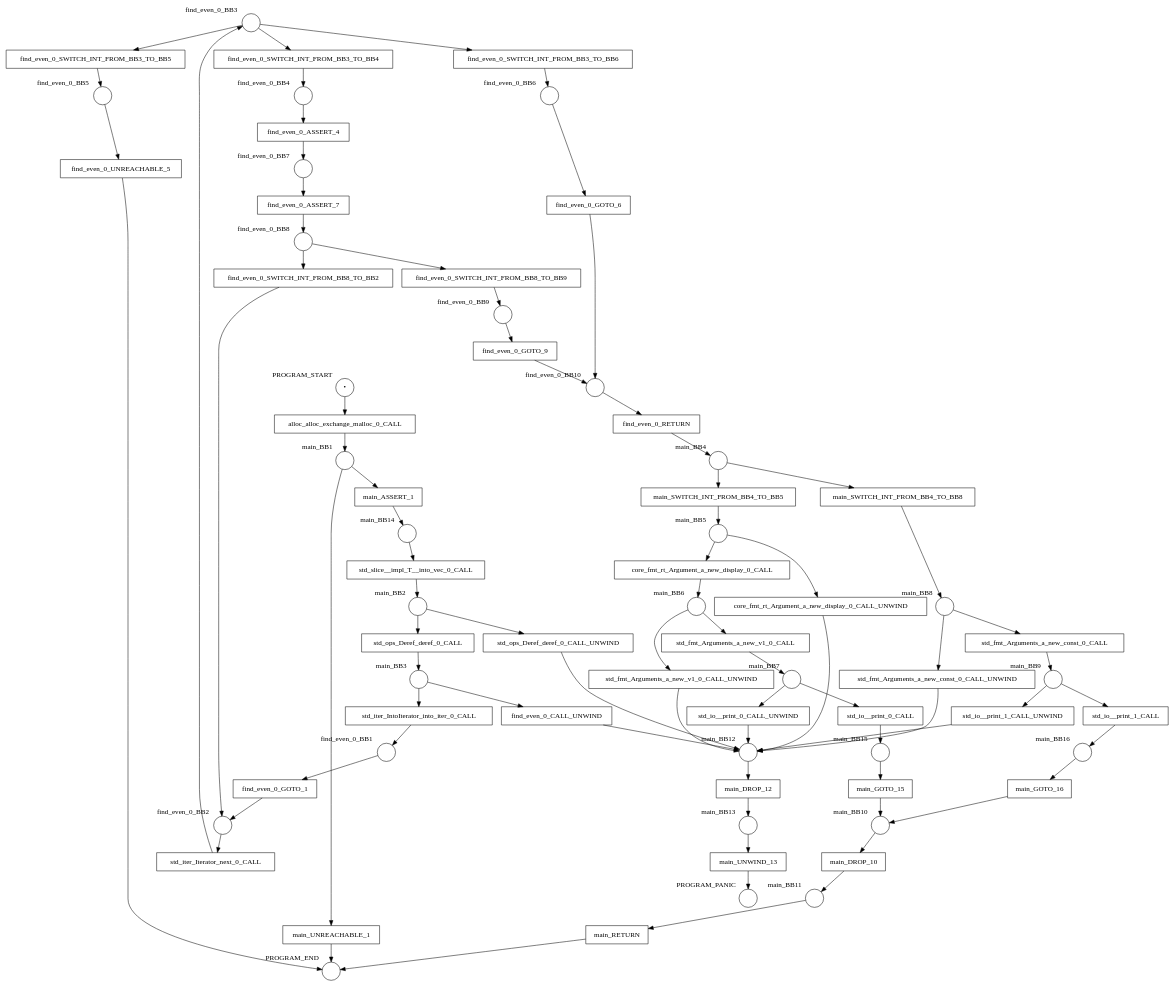
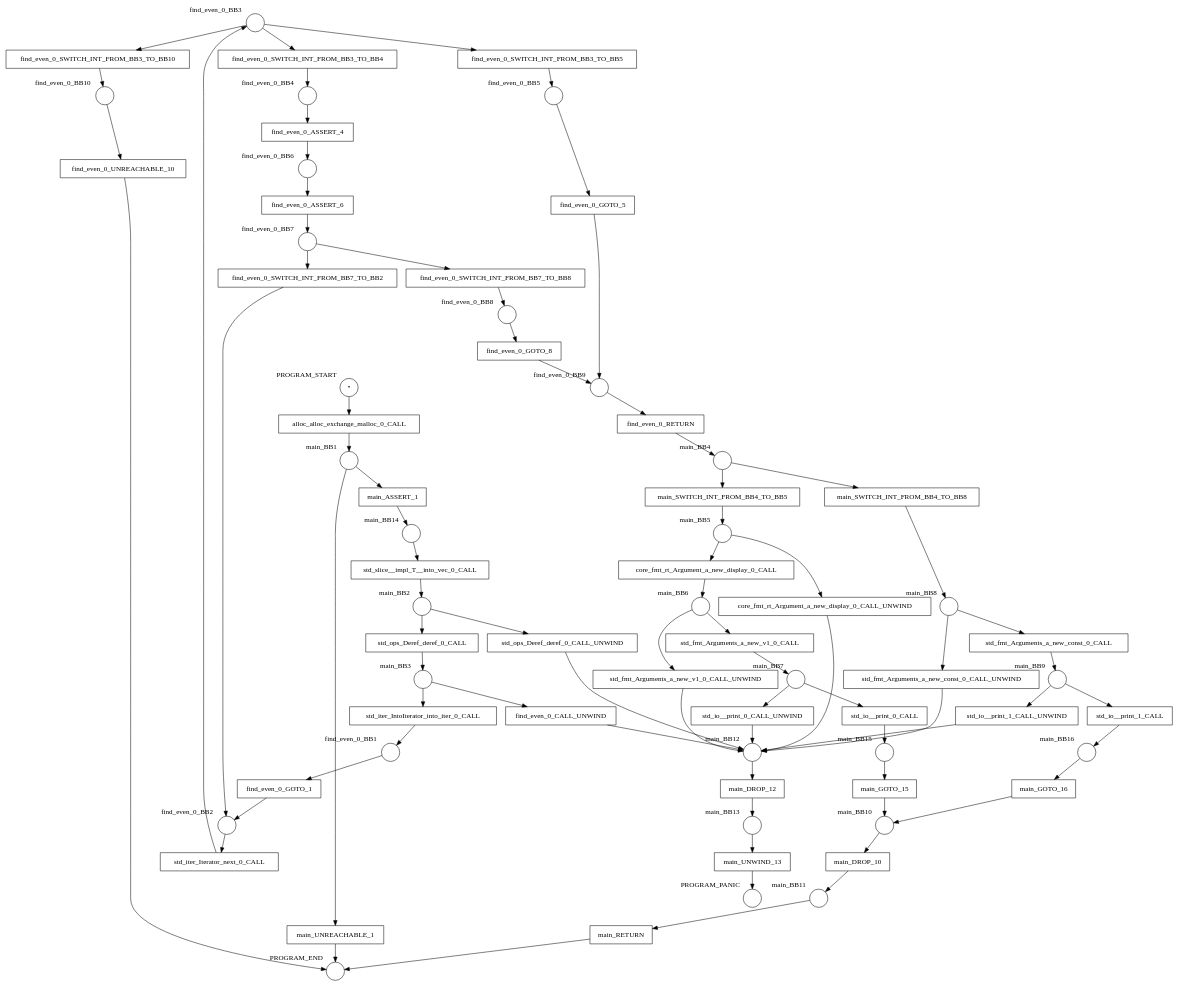
Before and after one commit to hlisdero/cargo-check-deadlock: the diagram in examples/results/function_call/find_even/net.dot, drawn with Graphviz. The commit also changed 15 other files, not shown here.

```diff
--- a/examples/results/function_call/find_even/net.dot
+++ b/examples/results/function_call/find_even/net.dot
@@ -1,148 +1,148 @@
 digraph petrinet {
     PROGRAM_END [shape="circle" xlabel="PROGRAM_END" label=""];
     PROGRAM_PANIC [shape="circle" xlabel="PROGRAM_PANIC" label=""];
     PROGRAM_START [shape="circle" xlabel="PROGRAM_START" label="•"];
     find_even_0_BB1 [shape="circle" xlabel="find_even_0_BB1" label=""];
     find_even_0_BB10 [shape="circle" xlabel="find_even_0_BB10" label=""];
     find_even_0_BB2 [shape="circle" xlabel="find_even_0_BB2" label=""];
     find_even_0_BB3 [shape="circle" xlabel="find_even_0_BB3" label=""];
     find_even_0_BB4 [shape="circle" xlabel="find_even_0_BB4" label=""];
     find_even_0_BB5 [shape="circle" xlabel="find_even_0_BB5" label=""];
     find_even_0_BB6 [shape="circle" xlabel="find_even_0_BB6" label=""];
     find_even_0_BB7 [shape="circle" xlabel="find_even_0_BB7" label=""];
     find_even_0_BB8 [shape="circle" xlabel="find_even_0_BB8" label=""];
     find_even_0_BB9 [shape="circle" xlabel="find_even_0_BB9" label=""];
     main_BB1 [shape="circle" xlabel="main_BB1" label=""];
     main_BB10 [shape="circle" xlabel="main_BB10" label=""];
     main_BB11 [shape="circle" xlabel="main_BB11" label=""];
     main_BB12 [shape="circle" xlabel="main_BB12" label=""];
     main_BB13 [shape="circle" xlabel="main_BB13" label=""];
     main_BB14 [shape="circle" xlabel="main_BB14" label=""];
     main_BB15 [shape="circle" xlabel="main_BB15" label=""];
     main_BB16 [shape="circle" xlabel="main_BB16" label=""];
     main_BB2 [shape="circle" xlabel="main_BB2" label=""];
     main_BB3 [shape="circle" xlabel="main_BB3" label=""];
     main_BB4 [shape="circle" xlabel="main_BB4" label=""];
     main_BB5 [shape="circle" xlabel="main_BB5" label=""];
     main_BB6 [shape="circle" xlabel="main_BB6" label=""];
     main_BB7 [shape="circle" xlabel="main_BB7" label=""];
     main_BB8 [shape="circle" xlabel="main_BB8" label=""];
     main_BB9 [shape="circle" xlabel="main_BB9" label=""];
     alloc_alloc_exchange_malloc_0_CALL [shape="box" xlabel="" label="alloc_alloc_exchange_malloc_0_CALL"];
     core_fmt_rt_Argument_a_new_display_0_CALL [shape="box" xlabel="" label="core_fmt_rt_Argument_a_new_display_0_CALL"];
     core_fmt_rt_Argument_a_new_display_0_CALL_UNWIND [shape="box" xlabel="" label="core_fmt_rt_Argument_a_new_display_0_CALL_UNWIND"];
     find_even_0_ASSERT_4 [shape="box" xlabel="" label="find_even_0_ASSERT_4"];
-    find_even_0_ASSERT_7 [shape="box" xlabel="" label="find_even_0_ASSERT_7"];
+    find_even_0_ASSERT_6 [shape="box" xlabel="" label="find_even_0_ASSERT_6"];
     find_even_0_CALL_UNWIND [shape="box" xlabel="" label="find_even_0_CALL_UNWIND"];
     find_even_0_GOTO_1 [shape="box" xlabel="" label="find_even_0_GOTO_1"];
-    find_even_0_GOTO_6 [shape="box" xlabel="" label="find_even_0_GOTO_6"];
-    find_even_0_GOTO_9 [shape="box" xlabel="" label="find_even_0_GOTO_9"];
+    find_even_0_GOTO_5 [shape="box" xlabel="" label="find_even_0_GOTO_5"];
+    find_even_0_GOTO_8 [shape="box" xlabel="" label="find_even_0_GOTO_8"];
     find_even_0_RETURN [shape="box" xlabel="" label="find_even_0_RETURN"];
+    find_even_0_SWITCH_INT_FROM_BB3_TO_BB10 [shape="box" xlabel="" label="find_even_0_SWITCH_INT_FROM_BB3_TO_BB10"];
     find_even_0_SWITCH_INT_FROM_BB3_TO_BB4 [shape="box" xlabel="" label="find_even_0_SWITCH_INT_FROM_BB3_TO_BB4"];
     find_even_0_SWITCH_INT_FROM_BB3_TO_BB5 [shape="box" xlabel="" label="find_even_0_SWITCH_INT_FROM_BB3_TO_BB5"];
-    find_even_0_SWITCH_INT_FROM_BB3_TO_BB6 [shape="box" xlabel="" label="find_even_0_SWITCH_INT_FROM_BB3_TO_BB6"];
-    find_even_0_SWITCH_INT_FROM_BB8_TO_BB2 [shape="box" xlabel="" label="find_even_0_SWITCH_INT_FROM_BB8_TO_BB2"];
-    find_even_0_SWITCH_INT_FROM_BB8_TO_BB9 [shape="box" xlabel="" label="find_even_0_SWITCH_INT_FROM_BB8_TO_BB9"];
-    find_even_0_UNREACHABLE_5 [shape="box" xlabel="" label="find_even_0_UNREACHABLE_5"];
+    find_even_0_SWITCH_INT_FROM_BB7_TO_BB2 [shape="box" xlabel="" label="find_even_0_SWITCH_INT_FROM_BB7_TO_BB2"];
+    find_even_0_SWITCH_INT_FROM_BB7_TO_BB8 [shape="box" xlabel="" label="find_even_0_SWITCH_INT_FROM_BB7_TO_BB8"];
+    find_even_0_UNREACHABLE_10 [shape="box" xlabel="" label="find_even_0_UNREACHABLE_10"];
     main_ASSERT_1 [shape="box" xlabel="" label="main_ASSERT_1"];
     main_DROP_10 [shape="box" xlabel="" label="main_DROP_10"];
     main_DROP_12 [shape="box" xlabel="" label="main_DROP_12"];
     main_GOTO_15 [shape="box" xlabel="" label="main_GOTO_15"];
     main_GOTO_16 [shape="box" xlabel="" label="main_GOTO_16"];
     main_RETURN [shape="box" xlabel="" label="main_RETURN"];
     main_SWITCH_INT_FROM_BB4_TO_BB5 [shape="box" xlabel="" label="main_SWITCH_INT_FROM_BB4_TO_BB5"];
     main_SWITCH_INT_FROM_BB4_TO_BB8 [shape="box" xlabel="" label="main_SWITCH_INT_FROM_BB4_TO_BB8"];
     main_UNREACHABLE_1 [shape="box" xlabel="" label="main_UNREACHABLE_1"];
     main_UNWIND_13 [shape="box" xlabel="" label="main_UNWIND_13"];
     std_fmt_Arguments_a_new_const_0_CALL [shape="box" xlabel="" label="std_fmt_Arguments_a_new_const_0_CALL"];
     std_fmt_Arguments_a_new_const_0_CALL_UNWIND [shape="box" xlabel="" label="std_fmt_Arguments_a_new_const_0_CALL_UNWIND"];
     std_fmt_Arguments_a_new_v1_0_CALL [shape="box" xlabel="" label="std_fmt_Arguments_a_new_v1_0_CALL"];
     std_fmt_Arguments_a_new_v1_0_CALL_UNWIND [shape="box" xlabel="" label="std_fmt_Arguments_a_new_v1_0_CALL_UNWIND"];
     std_io__print_0_CALL [shape="box" xlabel="" label="std_io__print_0_CALL"];
     std_io__print_0_CALL_UNWIND [shape="box" xlabel="" label="std_io__print_0_CALL_UNWIND"];
     std_io__print_1_CALL [shape="box" xlabel="" label="std_io__print_1_CALL"];
     std_io__print_1_CALL_UNWIND [shape="box" xlabel="" label="std_io__print_1_CALL_UNWIND"];
     std_iter_IntoIterator_into_iter_0_CALL [shape="box" xlabel="" label="std_iter_IntoIterator_into_iter_0_CALL"];
     std_iter_Iterator_next_0_CALL [shape="box" xlabel="" label="std_iter_Iterator_next_0_CALL"];
     std_ops_Deref_deref_0_CALL [shape="box" xlabel="" label="std_ops_Deref_deref_0_CALL"];
     std_ops_Deref_deref_0_CALL_UNWIND [shape="box" xlabel="" label="std_ops_Deref_deref_0_CALL_UNWIND"];
     std_slice__impl_T__into_vec_0_CALL [shape="box" xlabel="" label="std_slice__impl_T__into_vec_0_CALL"];
     PROGRAM_START -> alloc_alloc_exchange_malloc_0_CALL;
     find_even_0_BB1 -> find_even_0_GOTO_1;
-    find_even_0_BB10 -> find_even_0_RETURN;
+    find_even_0_BB10 -> find_even_0_UNREACHABLE_10;
     find_even_0_BB2 -> std_iter_Iterator_next_0_CALL;
+    find_even_0_BB3 -> find_even_0_SWITCH_INT_FROM_BB3_TO_BB10;
     find_even_0_BB3 -> find_even_0_SWITCH_INT_FROM_BB3_TO_BB4;
     find_even_0_BB3 -> find_even_0_SWITCH_INT_FROM_BB3_TO_BB5;
-    find_even_0_BB3 -> find_even_0_SWITCH_INT_FROM_BB3_TO_BB6;
     find_even_0_BB4 -> find_even_0_ASSERT_4;
-    find_even_0_BB5 -> find_even_0_UNREACHABLE_5;
-    find_even_0_BB6 -> find_even_0_GOTO_6;
-    find_even_0_BB7 -> find_even_0_ASSERT_7;
-    find_even_0_BB8 -> find_even_0_SWITCH_INT_FROM_BB8_TO_BB2;
-    find_even_0_BB8 -> find_even_0_SWITCH_INT_FROM_BB8_TO_BB9;
-    find_even_0_BB9 -> find_even_0_GOTO_9;
+    find_even_0_BB5 -> find_even_0_GOTO_5;
+    find_even_0_BB6 -> find_even_0_ASSERT_6;
+    find_even_0_BB7 -> find_even_0_SWITCH_INT_FROM_BB7_TO_BB2;
+    find_even_0_BB7 -> find_even_0_SWITCH_INT_FROM_BB7_TO_BB8;
+    find_even_0_BB8 -> find_even_0_GOTO_8;
+    find_even_0_BB9 -> find_even_0_RETURN;
     main_BB1 -> main_ASSERT_1;
     main_BB1 -> main_UNREACHABLE_1;
     main_BB10 -> main_DROP_10;
     main_BB11 -> main_RETURN;
     main_BB12 -> main_DROP_12;
     main_BB13 -> main_UNWIND_13;
     main_BB14 -> std_slice__impl_T__into_vec_0_CALL;
     main_BB15 -> main_GOTO_15;
     main_BB16 -> main_GOTO_16;
     main_BB2 -> std_ops_Deref_deref_0_CALL;
     main_BB2 -> std_ops_Deref_deref_0_CALL_UNWIND;
     main_BB3 -> find_even_0_CALL_UNWIND;
     main_BB3 -> std_iter_IntoIterator_into_iter_0_CALL;
     main_BB4 -> main_SWITCH_INT_FROM_BB4_TO_BB5;
     main_BB4 -> main_SWITCH_INT_FROM_BB4_TO_BB8;
     main_BB5 -> core_fmt_rt_Argument_a_new_display_0_CALL;
     main_BB5 -> core_fmt_rt_Argument_a_new_display_0_CALL_UNWIND;
     main_BB6 -> std_fmt_Arguments_a_new_v1_0_CALL;
     main_BB6 -> std_fmt_Arguments_a_new_v1_0_CALL_UNWIND;
     main_BB7 -> std_io__print_0_CALL;
     main_BB7 -> std_io__print_0_CALL_UNWIND;
     main_BB8 -> std_fmt_Arguments_a_new_const_0_CALL;
     main_BB8 -> std_fmt_Arguments_a_new_const_0_CALL_UNWIND;
     main_BB9 -> std_io__print_1_CALL;
     main_BB9 -> std_io__print_1_CALL_UNWIND;
     alloc_alloc_exchange_malloc_0_CALL -> main_BB1;
     core_fmt_rt_Argument_a_new_display_0_CALL -> main_BB6;
     core_fmt_rt_Argument_a_new_display_0_CALL_UNWIND -> main_BB12;
-    find_even_0_ASSERT_4 -> find_even_0_BB7;
-    find_even_0_ASSERT_7 -> find_even_0_BB8;
+    find_even_0_ASSERT_4 -> find_even_0_BB6;
+    find_even_0_ASSERT_6 -> find_even_0_BB7;
     find_even_0_CALL_UNWIND -> main_BB12;
     find_even_0_GOTO_1 -> find_even_0_BB2;
-    find_even_0_GOTO_6 -> find_even_0_BB10;
-    find_even_0_GOTO_9 -> find_even_0_BB10;
+    find_even_0_GOTO_5 -> find_even_0_BB9;
+    find_even_0_GOTO_8 -> find_even_0_BB9;
     find_even_0_RETURN -> main_BB4;
+    find_even_0_SWITCH_INT_FROM_BB3_TO_BB10 -> find_even_0_BB10;
     find_even_0_SWITCH_INT_FROM_BB3_TO_BB4 -> find_even_0_BB4;
     find_even_0_SWITCH_INT_FROM_BB3_TO_BB5 -> find_even_0_BB5;
-    find_even_0_SWITCH_INT_FROM_BB3_TO_BB6 -> find_even_0_BB6;
-    find_even_0_SWITCH_INT_FROM_BB8_TO_BB2 -> find_even_0_BB2;
-    find_even_0_SWITCH_INT_FROM_BB8_TO_BB9 -> find_even_0_BB9;
-    find_even_0_UNREACHABLE_5 -> PROGRAM_END;
+    find_even_0_SWITCH_INT_FROM_BB7_TO_BB2 -> find_even_0_BB2;
+    find_even_0_SWITCH_INT_FROM_BB7_TO_BB8 -> find_even_0_BB8;
+    find_even_0_UNREACHABLE_10 -> PROGRAM_END;
     main_ASSERT_1 -> main_BB14;
     main_DROP_10 -> main_BB11;
     main_DROP_12 -> main_BB13;
     main_GOTO_15 -> main_BB10;
     main_GOTO_16 -> main_BB10;
     main_RETURN -> PROGRAM_END;
     main_SWITCH_INT_FROM_BB4_TO_BB5 -> main_BB5;
     main_SWITCH_INT_FROM_BB4_TO_BB8 -> main_BB8;
     main_UNREACHABLE_1 -> PROGRAM_END;
     main_UNWIND_13 -> PROGRAM_PANIC;
     std_fmt_Arguments_a_new_const_0_CALL -> main_BB9;
     std_fmt_Arguments_a_new_const_0_CALL_UNWIND -> main_BB12;
     std_fmt_Arguments_a_new_v1_0_CALL -> main_BB7;
     std_fmt_Arguments_a_new_v1_0_CALL_UNWIND -> main_BB12;
     std_io__print_0_CALL -> main_BB15;
     std_io__print_0_CALL_UNWIND -> main_BB12;
     std_io__print_1_CALL -> main_BB16;
     std_io__print_1_CALL_UNWIND -> main_BB12;
     std_iter_IntoIterator_into_iter_0_CALL -> find_even_0_BB1;
     std_iter_Iterator_next_0_CALL -> find_even_0_BB3;
     std_ops_Deref_deref_0_CALL -> main_BB3;
     std_ops_Deref_deref_0_CALL_UNWIND -> main_BB12;
     std_slice__impl_T__into_vec_0_CALL -> main_BB2;
 }
```
